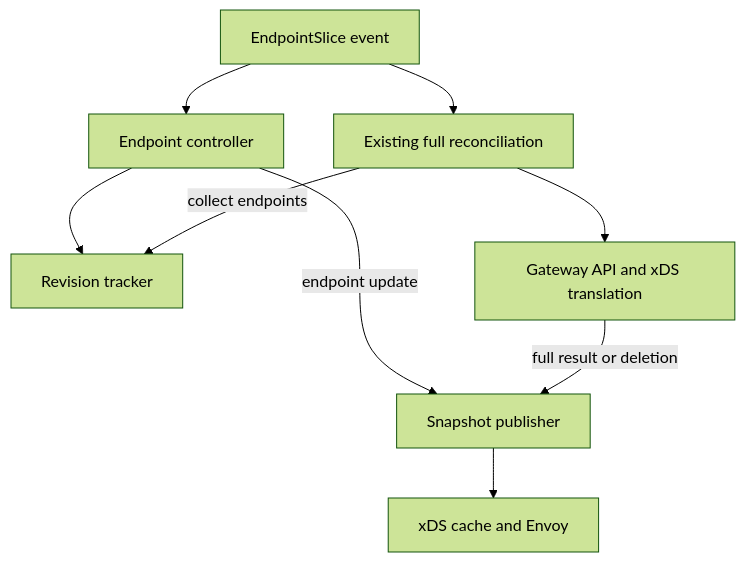
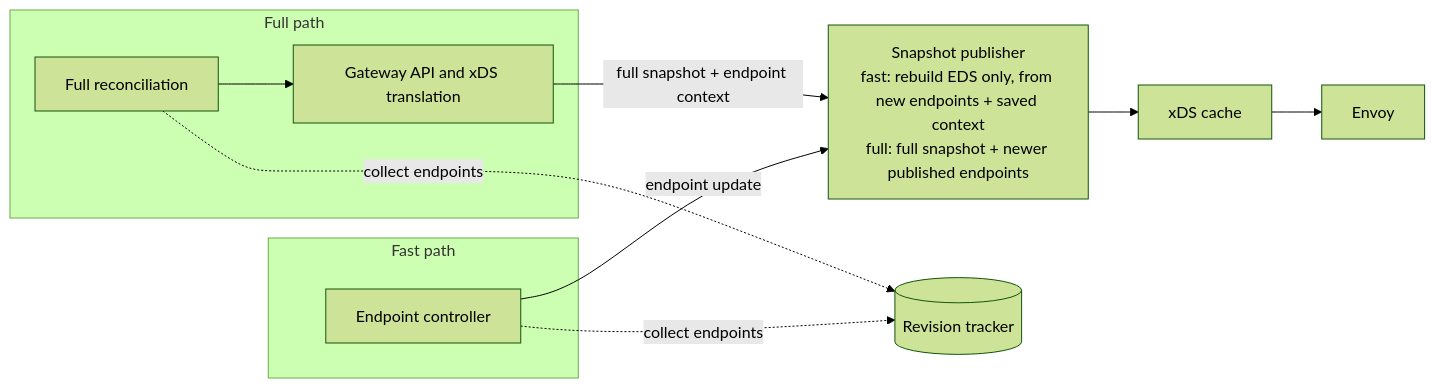
The first of 2 diagrams in site/content/en/community/design/endpoint-fast-path.md (envoyproxy/gateway), drawn with Mermaid (forest theme) before and after one commit.

Commit message:
update diagram

````diff
--- a/site/content/en/community/design/endpoint-fast-path.md
+++ b/site/content/en/community/design/endpoint-fast-path.md
@@ -28,11 +28,14 @@
 ```mermaid
-flowchart TD
-    W[EndpointSlice event] --> F[Endpoint controller]
-    W --> R[Existing full reconciliation]
-    F --> T[Revision tracker]
-    R -->|collect endpoints| T
-    F -->|endpoint update| P[Snapshot publisher]
-    R --> X[Gateway API and xDS translation]
-    X -->|full result or deletion| P
-    P --> V[xDS cache and Envoy]
+flowchart LR
+    subgraph full [Full path]
+        R[Full reconciliation] --> X[Gateway API and xDS translation]
+    end
+    subgraph fast [Fast path]
+        F[Endpoint controller]
+    end
+    X -->|full snapshot + endpoint context| P["Snapshot publisher<br/>fast: rebuild EDS only, from new endpoints + saved context<br/>full: full snapshot + newer published endpoints"]
+    F -->|endpoint update| P
+    P --> V[xDS cache] --> E[Envoy]
+    R -.->|collect endpoints| T[(Revision tracker)]
+    F -.->|collect endpoints| T
 ```
````
